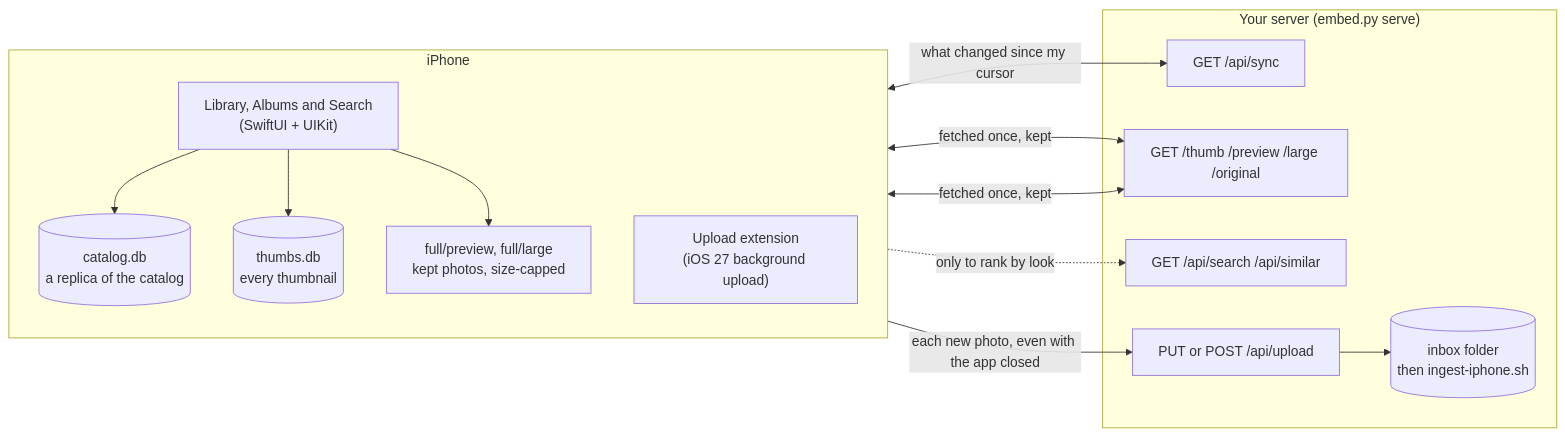
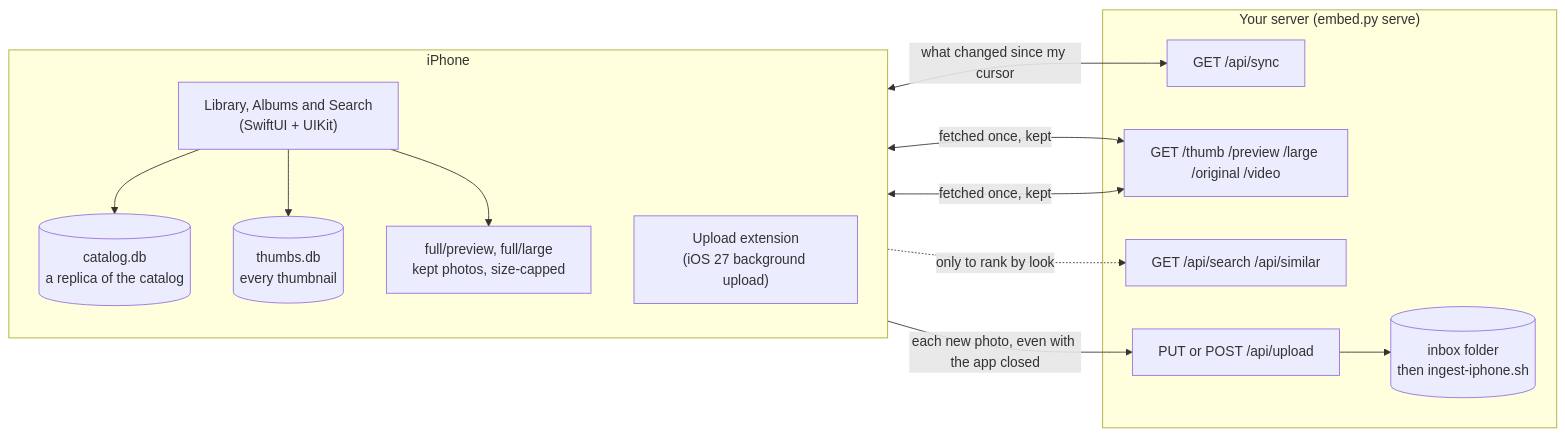
One commit to jflam/photo-estate changed the diagram in docs/book/19-iphone-app.md. Above: the diagram before and after it, drawn with Mermaid. The commit also changed other lines of this file and 16 other files, not shown here.

````diff
--- a/docs/book/19-iphone-app.md
+++ b/docs/book/19-iphone-app.md
@@ -12,24 +12,24 @@
 ```mermaid
 flowchart LR
     subgraph Phone["iPhone"]
       direction TB
       CAT[("catalog.db<br/>a replica of the catalog")]
       TH[("thumbs.db<br/>every thumbnail")]
       FULL["full/preview, full/large<br/>kept photos, size-capped"]
       UI["Library, Albums and Search<br/>(SwiftUI + UIKit)"]
       EXT["Upload extension<br/>(iOS 27 background upload)"]
       UI --> CAT & TH & FULL
     end
     subgraph Mac["Your server (embed.py serve)"]
       SYN["GET /api/sync"]
-      IMG["GET /thumb /preview /large /original"]
+      IMG["GET /thumb /preview /large /original /video"]
       SRCH["GET /api/search /api/similar"]
       UPL["PUT or POST /api/upload"]
       INB[("inbox folder<br/>then ingest-iphone.sh")]
       UPL --> INB
     end
     CAT <-->|"what changed since my cursor"| SYN
     TH & FULL <-->|"fetched once, kept"| IMG
     UI -.->|"only to rank by look"| SRCH
     EXT -->|"each new photo, even with the app closed"| UPL
 ```
````
